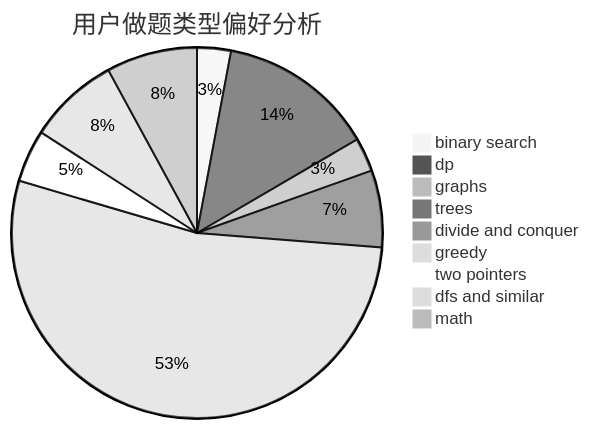
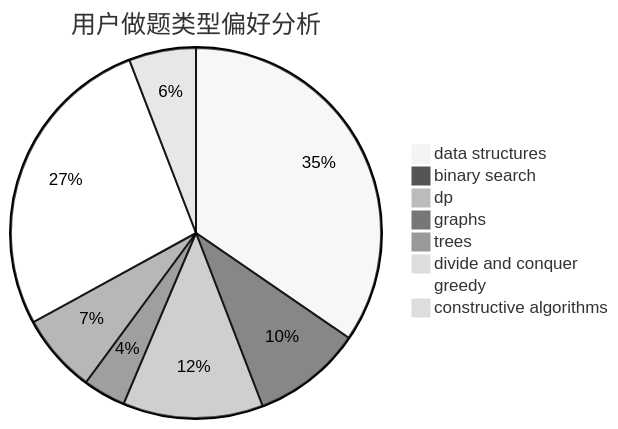
The second of 3 diagrams in docs/user/u1328.md (sherpahu/cfrs.github.io), drawn with Mermaid (neutral theme) before and after one commit. The commit also changed other lines of this file and 2775 other files, not shown here.

````diff
--- a/docs/user/u1328.md
+++ b/docs/user/u1328.md
@@ -23,12 +23,11 @@
 ```mermaid
 pie title 用户做题类型偏好分析
-    "binary search" :  29
-    "dp" :  134
-    "graphs" :  29
-    "trees" :  66
+    "data structures" :  65
+    "binary search" :  18
+    "dp" :  23
+    "graphs" :  7
+    "trees" :  13
     "divide and conquer" :  0
-    "greedy" :  524
-    "two pointers" :  45
-    "dfs and similar" :  78
-    "math" :  78
+    "greedy" :  51
+    "constructive algorithms" :  11
 ```
````
